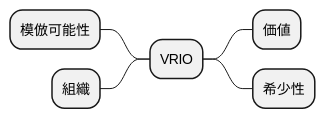
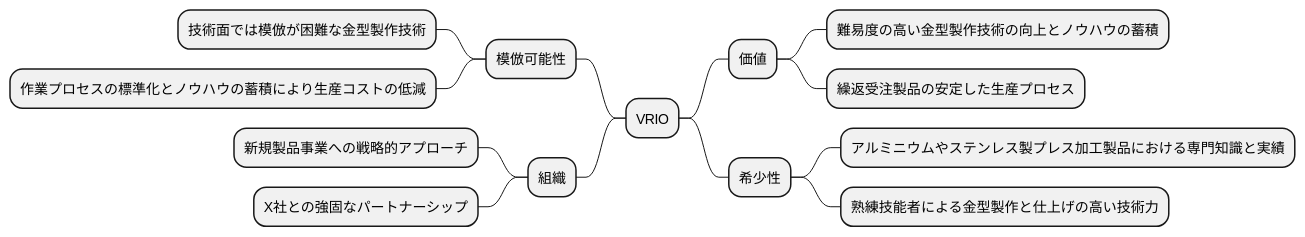
One commit to k2works/case-sutudy-business-analysis changed the fourth of 16 diagrams in docs/case/r04_case_3.adoc. Above: the diagram before and after it, drawn with PlantUML. The commit also changed other lines of this file and 2 other files, not shown here.

```diff
--- a/docs/case/r04_case_3.adoc
+++ b/docs/case/r04_case_3.adoc
@@ -132,13 +179,19 @@
 [plantuml]
 ----
 @startmindmap
-
 * VRIO
 ** 価値
+*** 難易度の高い金型製作技術の向上とノウハウの蓄積
+*** 繰返受注製品の安定した生産プロセス
 ** 希少性
+*** アルミニウムやステンレス製プレス加工製品における専門知識と実績
+*** 熟練技能者による金型製作と仕上げの高い技術力
 left side
 ** 模倣可能性
+*** 技術面では模倣が困難な金型製作技術
+*** 作業プロセスの標準化とノウハウの蓄積により生産コストの低減
 ** 組織
-
-@endmindmap
+*** 新規製品事業への戦略的アプローチ
+*** X社との強固なパートナーシップ
+@endmindmapp
 ----
```
